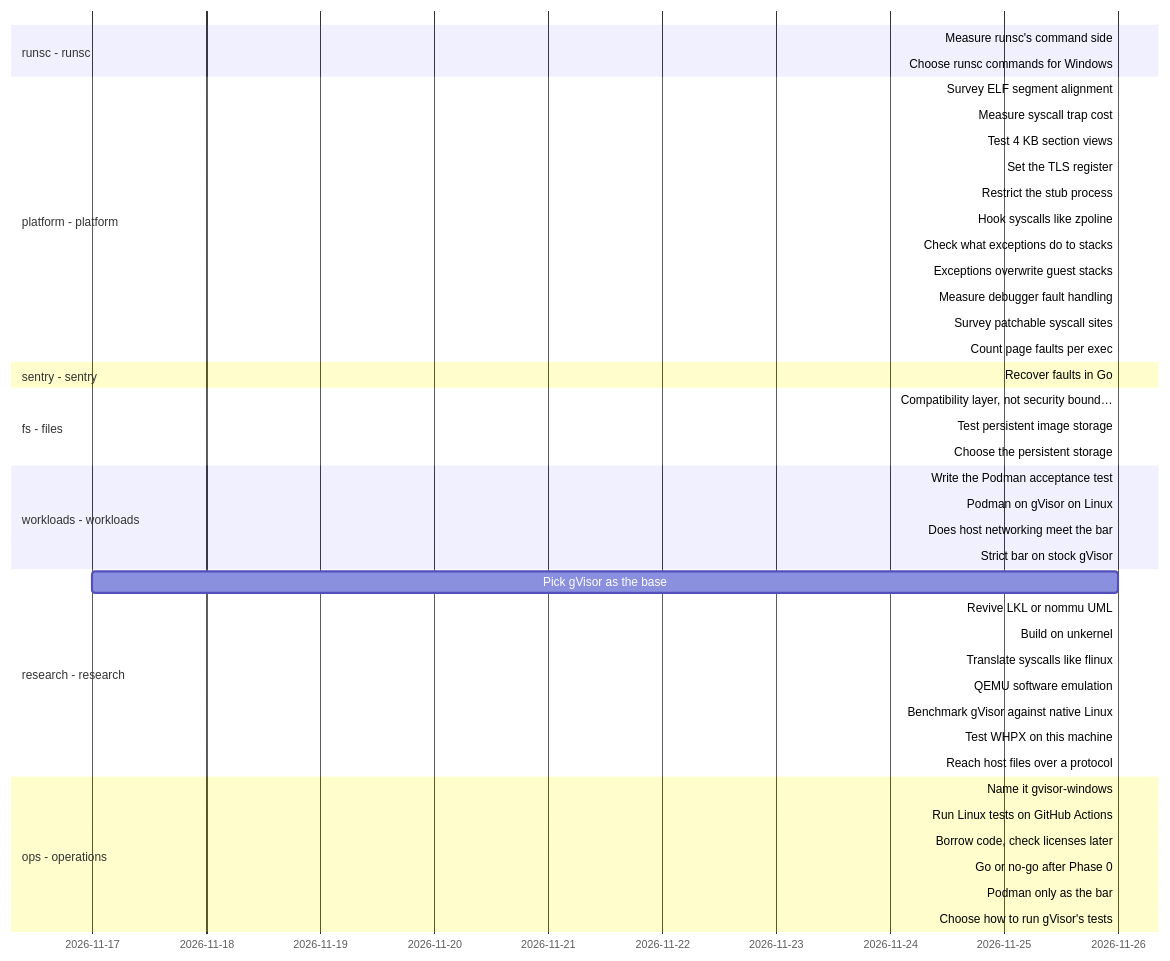
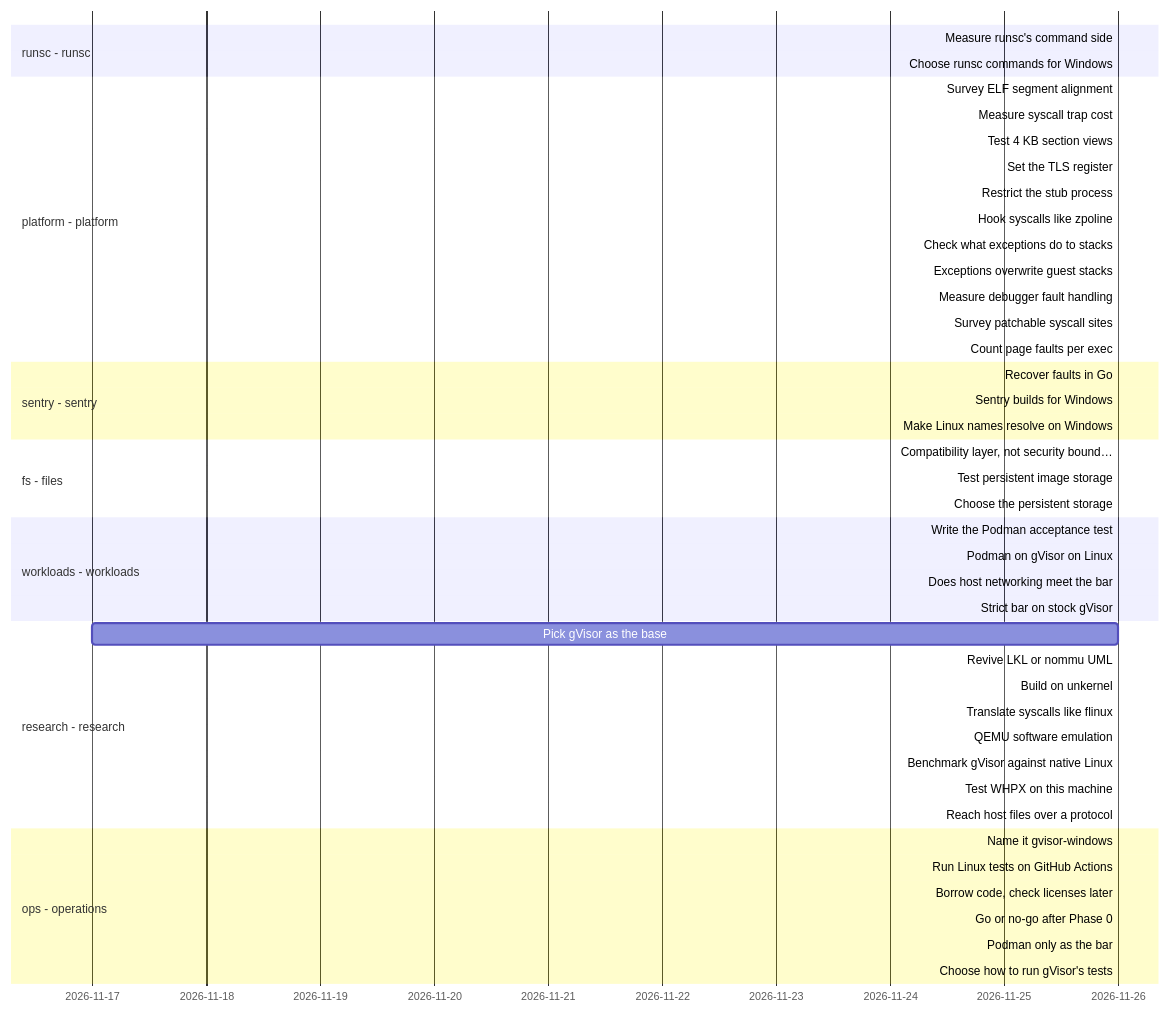
Before and after one commit to lhns/gvisor-windows: the diagram in docs/roadmap/timeline.md, drawn with Mermaid. The commit also changed other lines of this file and 4 other files, not shown here.

Commit message:
Rate the x/sys/unix shim; the Sentry compiles but does not start yet

````diff
--- a/docs/roadmap/timeline.md
+++ b/docs/roadmap/timeline.md
@@ -10,47 +10,49 @@
 ```mermaid
 gantt
     dateFormat YYYY-MM-DD
     axisFormat %Y-%m-%d
     section runsc - runsc
     Measure runsc's command side :runsc_measure_cli, 2026-11-26, 2026-11-26
     Choose runsc commands for Windows :runsc_windows_commands, 2026-11-26, 2026-11-26
     section platform - platform
     Survey ELF segment alignment :platform_elf_alignment_survey, 2026-11-26, 2026-11-26
     Measure syscall trap cost :platform_trap_cost, 2026-11-26, 2026-11-26
     Test 4 KB section views :platform_4k_section_views, 2026-11-26, 2026-11-26
     Set the TLS register :platform_tls_register, 2026-11-26, 2026-11-26
     Restrict the stub process :platform_restricted_stub, 2026-11-26, 2026-11-26
     Hook syscalls like zpoline :crit, platform_zpoline_hooks, 2026-11-26, 2026-11-26
     Check what exceptions do to stacks :platform_exception_stack, 2026-11-26, 2026-11-26
     Exceptions overwrite guest stacks :platform_veh_on_guest_stack_unsafe, 2026-11-26, 2026-11-26
     Measure debugger fault handling :platform_debug_event_cost, 2026-11-26, 2026-11-26
     Survey patchable syscall sites :active, platform_syscall_site_survey, 2026-11-26, 2026-11-26
     Count page faults per exec :active, platform_faults_per_exec, 2026-11-26, 2026-11-26
     section sentry - sentry
     Recover faults in Go :sentry_go_fault_recovery, 2026-11-26, 2026-11-26
+    Sentry builds for Windows :active, sentry_windows_build, 2026-11-26, 2026-11-26
+    Make Linux names resolve on Windows :sentry_unix_shim, 2026-11-26, 2026-11-26
     section fs - files
     Compatibility layer, not security bound… :fs_compat_layer_not_boundary, 2026-11-26, 2026-11-26
     Test persistent image storage :fs_persistent_image_storage, 2026-11-26, 2026-11-26
     Choose the persistent storage :fs_persistent_storage_choice, 2026-11-26, 2026-11-26
     section workloads - workloads
     Write the Podman acceptance test :workloads_acceptance_test, 2026-11-26, 2026-11-26
     Podman on gVisor on Linux :workloads_podman_on_gvisor_linux, 2026-11-26, 2026-11-26
     Does host networking meet the bar :workloads_bar_host_network, 2026-11-26, 2026-11-26
     Strict bar on stock gVisor :active, workloads_strict_bar_linux, 2026-11-26, 2026-11-26
     section research - research
     Pick gVisor as the base :research_gvisor_base, 2026-11-17, 2026-11-26
     Revive LKL or nommu UML :crit, research_lkl_nommu, 2026-11-26, 2026-11-26
     Build on unkernel :crit, research_unkernel, 2026-11-26, 2026-11-26
     Translate syscalls like flinux :crit, research_flinux_translation, 2026-11-26, 2026-11-26
     QEMU software emulation :crit, research_qemu_emulation, 2026-11-26, 2026-11-26
     Benchmark gVisor against native Linux :research_gvisor_benchmark, 2026-11-26, 2026-11-26
     Test WHPX on this machine :crit, research_whpx_this_machine, 2026-11-26, 2026-11-26
     Reach host files over a protocol :crit, research_file_protocol, 2026-11-26, 2026-11-26
     section ops - operations
     Name it gvisor-windows :ops_name_and_fork, 2026-11-26, 2026-11-26
     Run Linux tests on GitHub Actions :ops_linux_tests_on_actions, 2026-11-26, 2026-11-26
     Borrow code, check licenses later :ops_borrow_code, 2026-11-26, 2026-11-26
     Go or no-go after Phase 0 :ops_phase0_go_no_go, 2026-11-26, 2026-11-26
     Podman only as the bar :ops_podman_only_the_bar, 2026-11-26, 2026-11-26
     Choose how to run gVisor's tests :ops_syscall_test_strategy, 2026-11-26, 2026-11-26
 ```
````
